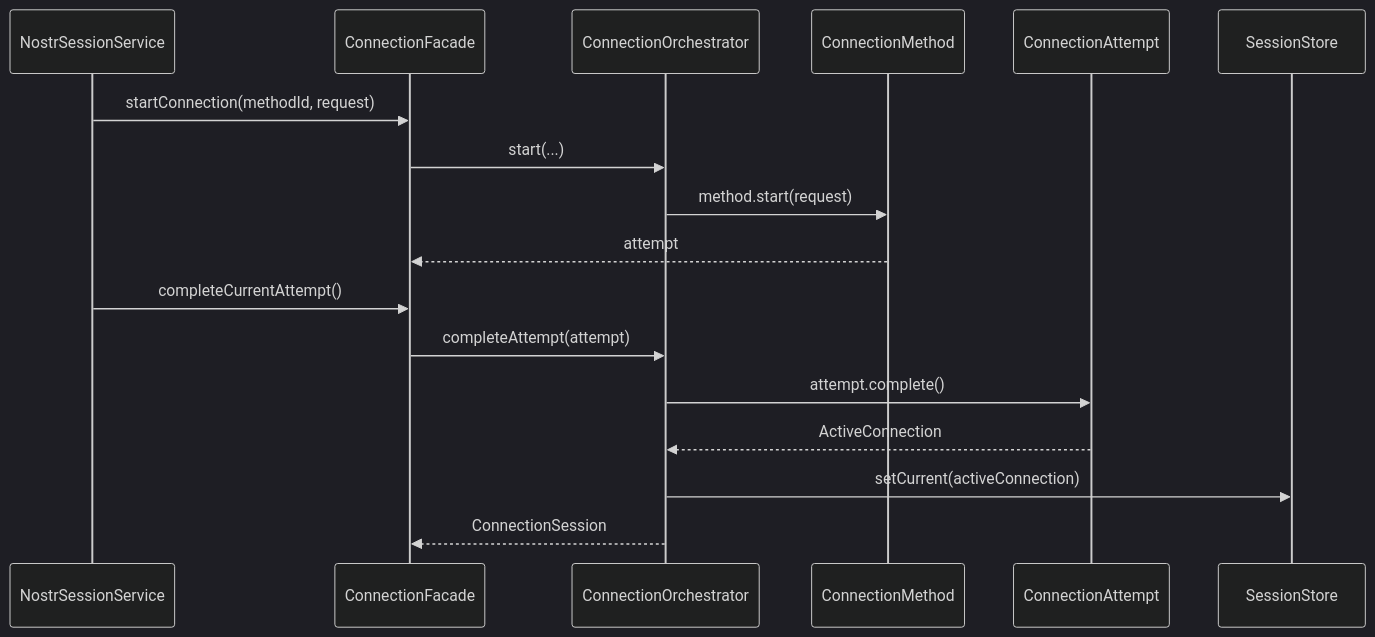
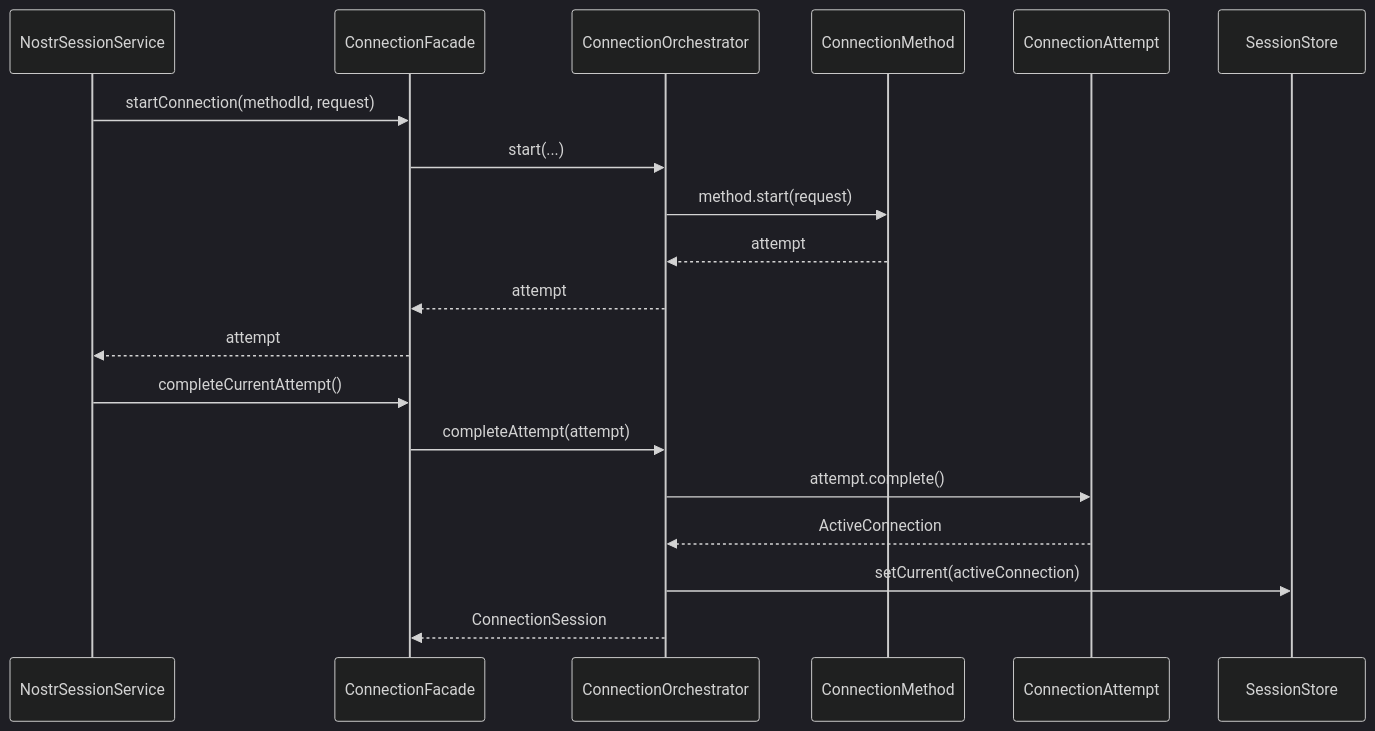
Before and after one commit to maxiim3/nostr-tools-ng-app: the second of 5 diagrams in src/core/nostr-connection/README.md, drawn with Mermaid (dark theme). The commit also changed other lines of this file and 17 other files, not shown here.

Commit message:
feat: refine external auth flow

````diff
--- a/src/core/nostr-connection/README.md
+++ b/src/core/nostr-connection/README.md
@@ -37,20 +38,22 @@
 ```mermaid
 sequenceDiagram
   participant UI as NostrSessionService
   participant Facade as ConnectionFacade
   participant Orch as ConnectionOrchestrator
   participant Method as ConnectionMethod
   participant Attempt as ConnectionAttempt
   participant Store as SessionStore
 
   UI->>Facade: startConnection(methodId, request)
   Facade->>Orch: start(...)
   Orch->>Method: method.start(request)
-  Method-->>Facade: attempt
+  Method-->>Orch: attempt
+  Orch-->>Facade: attempt
+  Facade-->>UI: attempt
   UI->>Facade: completeCurrentAttempt()
   Facade->>Orch: completeAttempt(attempt)
   Orch->>Attempt: attempt.complete()
   Attempt-->>Orch: ActiveConnection
   Orch->>Store: setCurrent(activeConnection)
   Orch-->>Facade: ConnectionSession
 ```
````
